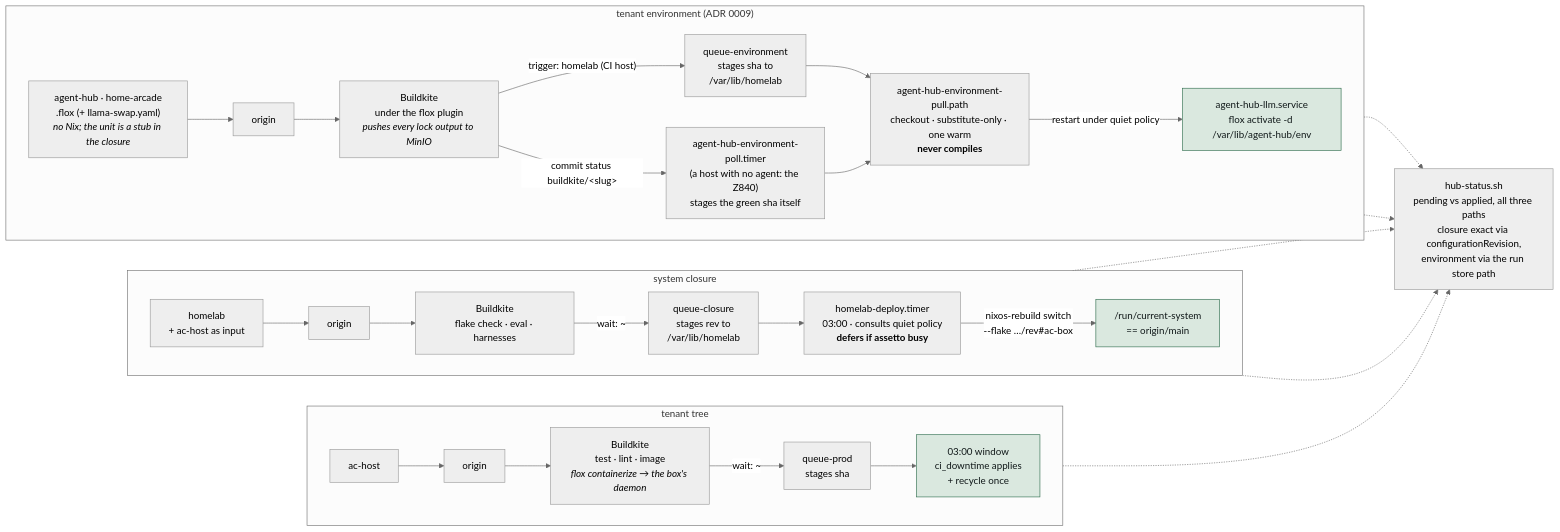
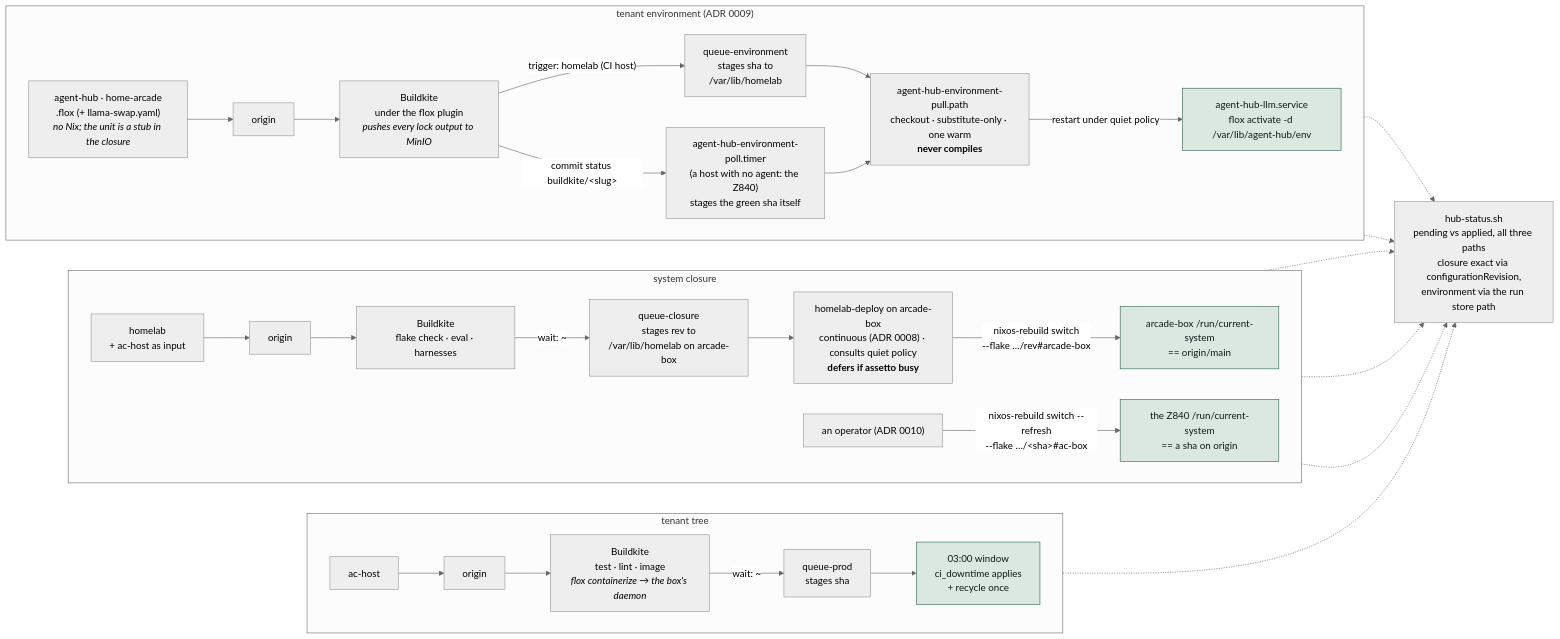
Before and after one commit to imkarrer/homelab: the fourth of 5 diagrams in docs/architecture.md, drawn with Mermaid (neutral theme). The commit also changed other lines of this file and 5 other files, not shown here.

````diff
--- a/docs/architecture.md
+++ b/docs/architecture.md
@@ -238,37 +270,39 @@
 ```mermaid
 flowchart LR
     subgraph TENANT ["tenant tree"]
         direction LR
         A1["ac-host"] --> A2["origin"] --> A3["Buildkite<br/>test · lint · image<br/><i>flox containerize → the box's daemon</i>"]
         A3 -- "wait: ~" --> A4["queue-prod<br/>stages sha"]
         A4 --> A6["03:00 window<br/>ci_downtime applies<br/>+ recycle once"]
     end
 
     subgraph CLOSURE ["system closure"]
         direction LR
         B1["homelab<br/>+ ac-host as input"] --> B2["origin"] --> B3["Buildkite<br/>flake check · eval · harnesses"]
-        B3 -- "wait: ~" --> B4["queue-closure<br/>stages rev to<br/>/var/lib/homelab"]
-        B4 --> B5["homelab-deploy.timer<br/>03:00 · consults quiet policy<br/><b>defers if assetto busy</b>"]
-        B5 -- "nixos-rebuild switch<br/>--flake …/rev#ac-box" --> B6["/run/current-system<br/>== origin/main"]
+        B3 -- "wait: ~" --> B4["queue-closure<br/>stages rev to<br/>/var/lib/homelab on arcade-box"]
+        B4 --> B5["homelab-deploy on arcade-box<br/>continuous (ADR 0008) · consults quiet policy<br/><b>defers if assetto busy</b>"]
+        B5 -- "nixos-rebuild switch<br/>--flake …/rev#arcade-box" --> B6["arcade-box /run/current-system<br/>== origin/main"]
+        OP["an operator (ADR 0010)"] -- "nixos-rebuild switch --refresh<br/>--flake …/&lt;sha&gt;#ac-box" --> B7["the Z840 /run/current-system<br/>== a sha on origin"]
     end
 
     subgraph ENV ["tenant environment (ADR 0009)"]
         direction LR
         C1["agent-hub · home-arcade<br/>.flox (+ llama-swap.yaml)<br/><i>no Nix; the unit is a stub in the closure</i>"] --> C2["origin"] --> C3["Buildkite<br/>under the flox plugin<br/><i>pushes every lock output to MinIO</i>"]
         C3 -- "trigger: homelab (CI host)" --> C4["queue-environment<br/>stages sha to<br/>/var/lib/homelab"]
         C3 -- "commit status buildkite/&lt;slug&gt;" --> C4b["agent-hub-environment-poll.timer<br/>(a host with no agent: the Z840)<br/>stages the green sha itself"]
         C4 --> C5["agent-hub-environment-pull.path<br/>checkout · substitute-only · one warm<br/><b>never compiles</b>"]
         C4b --> C5
         C5 -- "restart under quiet policy" --> C6["agent-hub-llm.service<br/>flox activate -d /var/lib/agent-hub/env"]
     end
 
     STATUS["hub-status.sh<br/>pending vs applied, all three paths<br/>closure exact via configurationRevision,<br/>environment via the run store path"]
     A4 -.-> STATUS
     B4 -.-> STATUS
     B6 -.-> STATUS
+    B7 -.-> STATUS
     C4 -.-> STATUS
     C6 -.-> STATUS
 
     classDef ok fill:#dae8df,stroke:#2c6b4b,color:#101819;
-    class A6,B6,C6 ok;
+    class A6,B6,B7,C6 ok;
 ```
````
